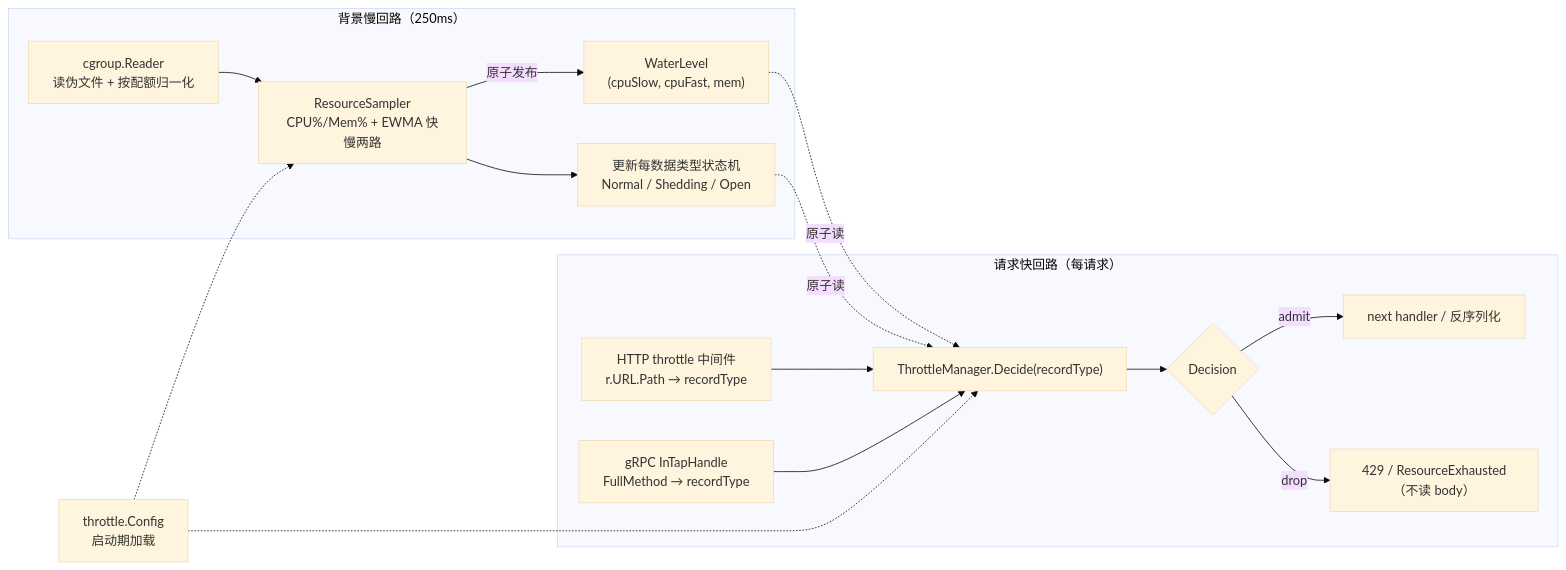
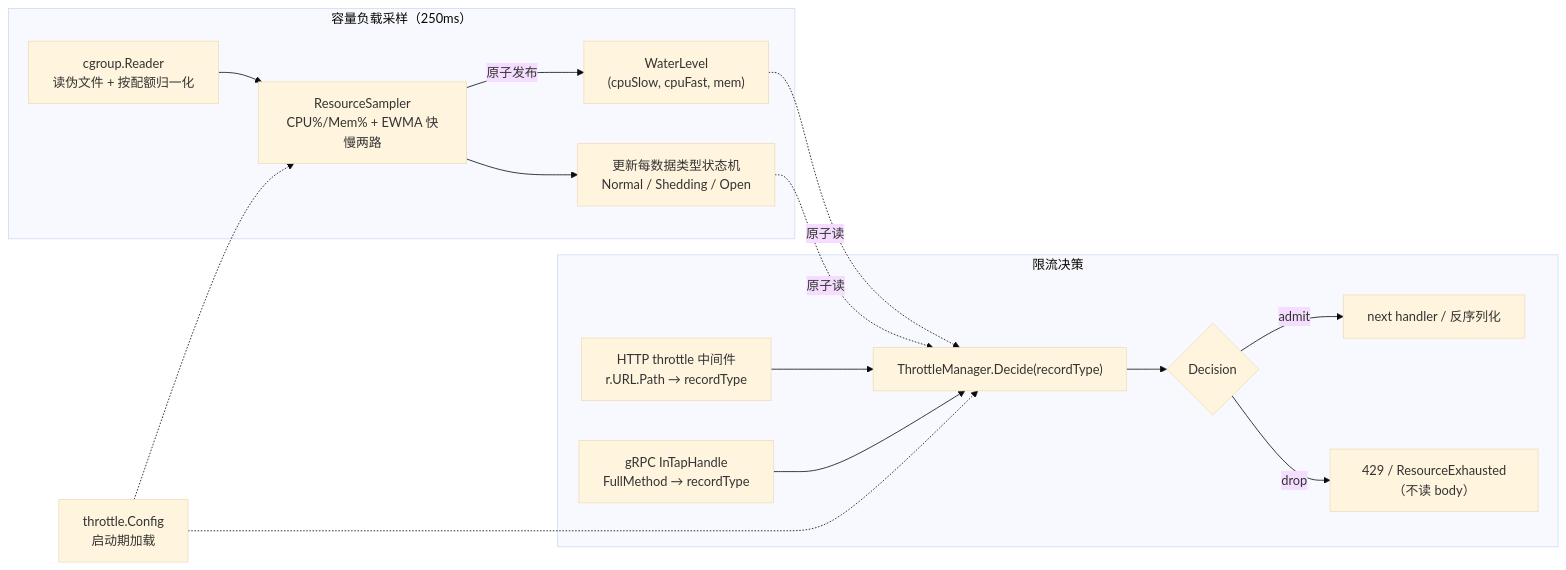
One commit to ZhuoZhuoCrayon/ai-workspace changed the first of 3 diagrams in knowledge/bkmonitor-datalink/issues/2026-06-10-collector-adaptive-throttling/PLAN.md. Above: the diagram before and after it, drawn with Mermaid (base theme). The commit also changed other lines of this file, not shown here.

````diff
--- a/knowledge/bkmonitor-datalink/issues/2026-06-10-collector-adaptive-throttling/PLAN.md
+++ b/knowledge/bkmonitor-datalink/issues/2026-06-10-collector-adaptive-throttling/PLAN.md
@@ -85,19 +88,19 @@
 ```mermaid
 flowchart LR
-    subgraph BG["背景慢回路（250ms）"]
+    subgraph BG["容量负载采样（250ms）"]
         CG["cgroup.Reader<br/>读伪文件 + 按配额归一化"] --> S["ResourceSampler<br/>CPU%/Mem% + EWMA 快慢两路"]
         S -->|原子发布| WL["WaterLevel<br/>(cpuSlow, cpuFast, mem)"]
         S --> ST["更新每数据类型状态机<br/>Normal / Shedding / Open"]
     end
-    subgraph REQ["请求快回路（每请求）"]
+    subgraph REQ["限流决策"]
         HTTP["HTTP throttle 中间件<br/>r.URL.Path → recordType"] --> M["ThrottleManager.Decide(recordType)"]
         GRPC["gRPC InTapHandle<br/>FullMethod → recordType"] --> M
         M --> D{"Decision"}
         D -->|admit| NEXT["next handler / 反序列化"]
         D -->|drop| REJ["429 / ResourceExhausted（不读 body）"]
     end
     WL -.原子读.-> M
     ST -.原子读.-> M
     CFG["throttle.Config<br/>启动期加载"] -.-> S
     CFG -.-> M
 ```
````
